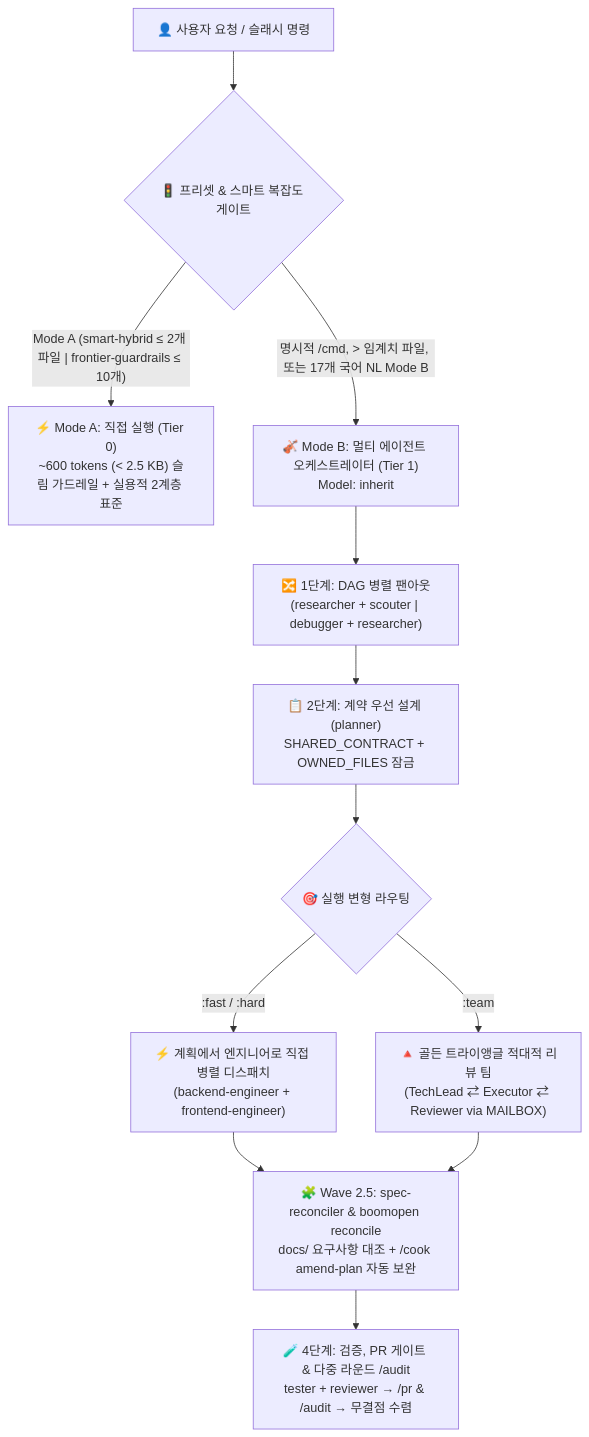
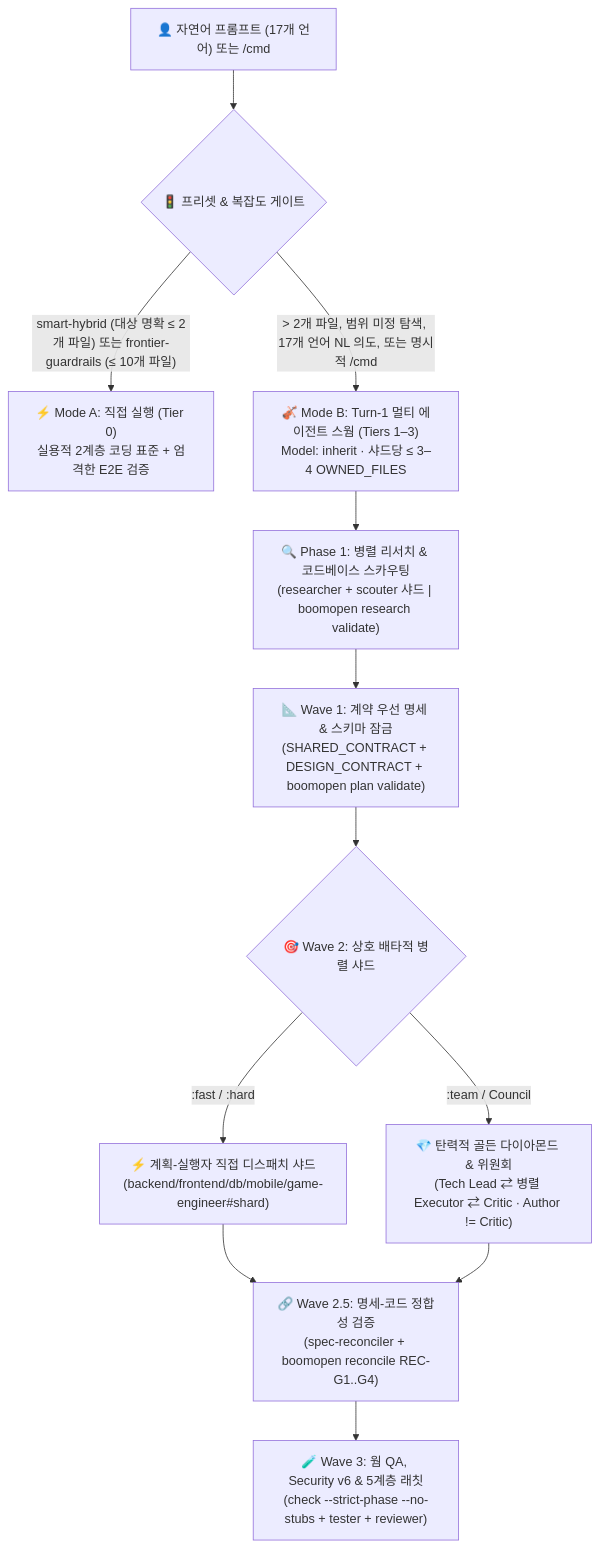
Before and after one commit to Kennyboom/BoomOpen-Workflow-Kit-Pro: the diagram in i18n/README.ko.md, drawn with Mermaid. The commit also changed other lines of this file and 21 other files, not shown here.

````diff
--- a/i18n/README.ko.md
+++ b/i18n/README.ko.md
@@ -57,17 +94,17 @@
 ```mermaid
 flowchart TD
-    User["👤 사용자 요청 / 슬래시 명령"] --> Gate{"🚦 프리셋 & 스마트 복잡도 게이트"}
-    Gate -->|"Mode A (smart-hybrid ≤ 2개 파일 | frontier-guardrails ≤ 10개)"| ModeA["⚡ Mode A: 직접 실행 (Tier 0)<br/>~600 tokens (< 2.5 KB) 슬림 가드레일 + 실용적 2계층 표준"]
-    Gate -->|"명시적 /cmd, > 임계치 파일, 또는 17개 국어 NL Mode B"| ModeB["🎻 Mode B: 멀티 에이전트 오케스트레이터 (Tier 1)<br/>Model: inherit"]
+    User["👤 자연어 프롬프트 (17개 언어) 또는 /cmd"] --> Gate{"🚦 프리셋 & 복잡도 게이트"}
+    Gate -->|"smart-hybrid (대상 명확 ≤ 2개 파일) 또는 frontier-guardrails (≤ 10개 파일)"| ModeA["⚡ Mode A: 직접 실행 (Tier 0)<br/>실용적 2계층 코딩 표준 + 엄격한 E2E 검증"]
+    Gate -->|"> 2개 파일, 범위 미정 탐색, 17개 언어 NL 의도, 또는 명시적 /cmd"| ModeB["🎻 Mode B: Turn-1 멀티 에이전트 스웜 (Tiers 1–3)<br/>Model: inherit · 샤드당 ≤ 3–4 OWNED_FILES"]
 
-    ModeB --> FanOut["🔀 1단계: DAG 병렬 팬아웃<br/>(researcher + scouter | debugger + researcher)"]
-    FanOut --> Plan["📋 2단계: 계약 우선 설계 (planner)<br/>SHARED_CONTRACT + OWNED_FILES 잠금"]
-    Plan --> Dispatch{"🎯 실행 변형 라우팅"}
+    ModeB --> Wave0["🔍 Phase 1: 병렬 리서치 & 코드베이스 스카우팅<br/>(researcher + scouter 샤드 | boomopen research validate)"]
+    Wave0 --> Wave1["📐 Wave 1: 계약 우선 명세 & 스키마 잠금<br/>(SHARED_CONTRACT + DESIGN_CONTRACT + boomopen plan validate)"]
+    Wave1 --> Wave2{"🎯 Wave 2: 상호 배타적 병렬 샤드"}
 
-    Dispatch -->|":fast / :hard"| Direct["⚡ 계획에서 엔지니어로 직접 병렬 디스패치<br/>(backend-engineer + frontend-engineer)"]
-    Dispatch -->|":team"| Triangle["🔺 골든 트라이앵글 적대적 리뷰 팀<br/>(TechLead ⇄ Executor ⇄ Reviewer via MAILBOX)"]
+    Wave2 -->|":fast / :hard"| Direct["⚡ 계획-실행자 직접 디스패치 샤드<br/>(backend/frontend/db/mobile/game-engineer#shard)"]
+    Wave2 -->|":team / Council"| Diamond["💎 탄력적 골든 다이아몬드 & 위원회<br/>(Tech Lead ⇄ 병렬 Executor ⇄ Critic · Author != Critic)"]
 
-    Direct --> Reconcile["🧩 Wave 2.5: spec-reconciler & boomopen reconcile<br/>docs/ 요구사항 대조 + /cook amend-plan 자동 보완"]
-    Triangle --> Reconcile
-    Reconcile --> Verify["🧪 4단계: 검증, PR 게이트 & 다중 라운드 /audit<br/>tester + reviewer → /pr & /audit → 무결점 수렴"]
+    Direct --> Wave25["🔗 Wave 2.5: 명세-코드 정합성 검증<br/>(spec-reconciler + boomopen reconcile REC-G1..G4)"]
+    Diamond --> Wave25
+    Wave25 --> Wave3["🧪 Wave 3: 웜 QA, Security v6 & 5계층 래칫<br/>(check --strict-phase --no-stubs + tester + reviewer)"]
 ```
````
